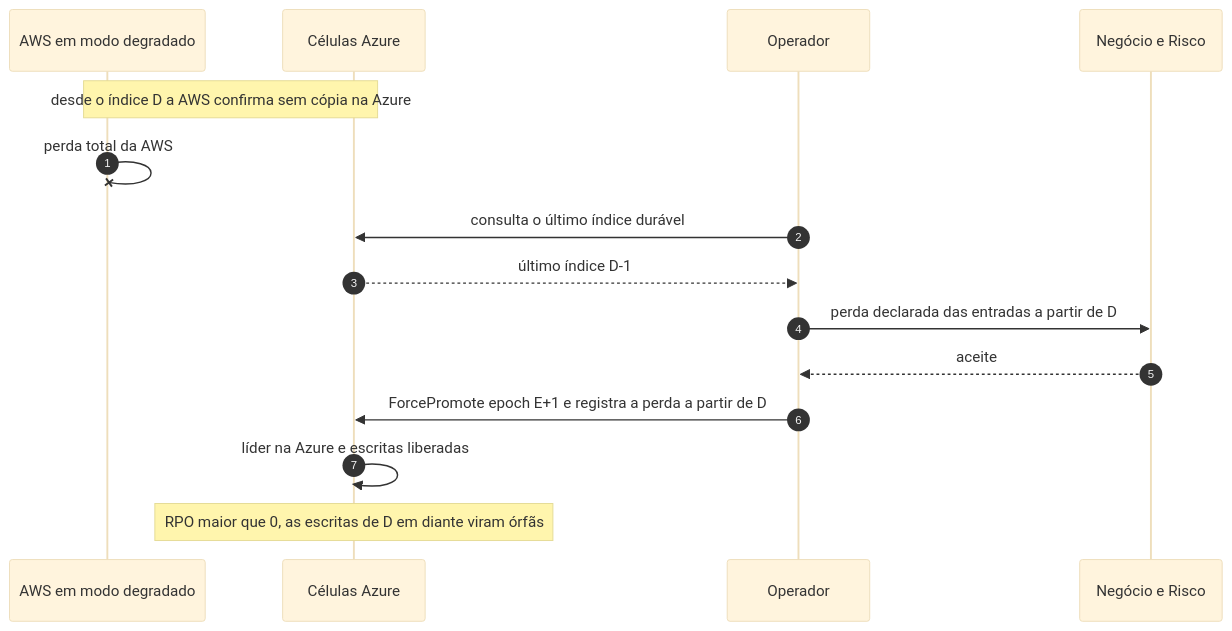
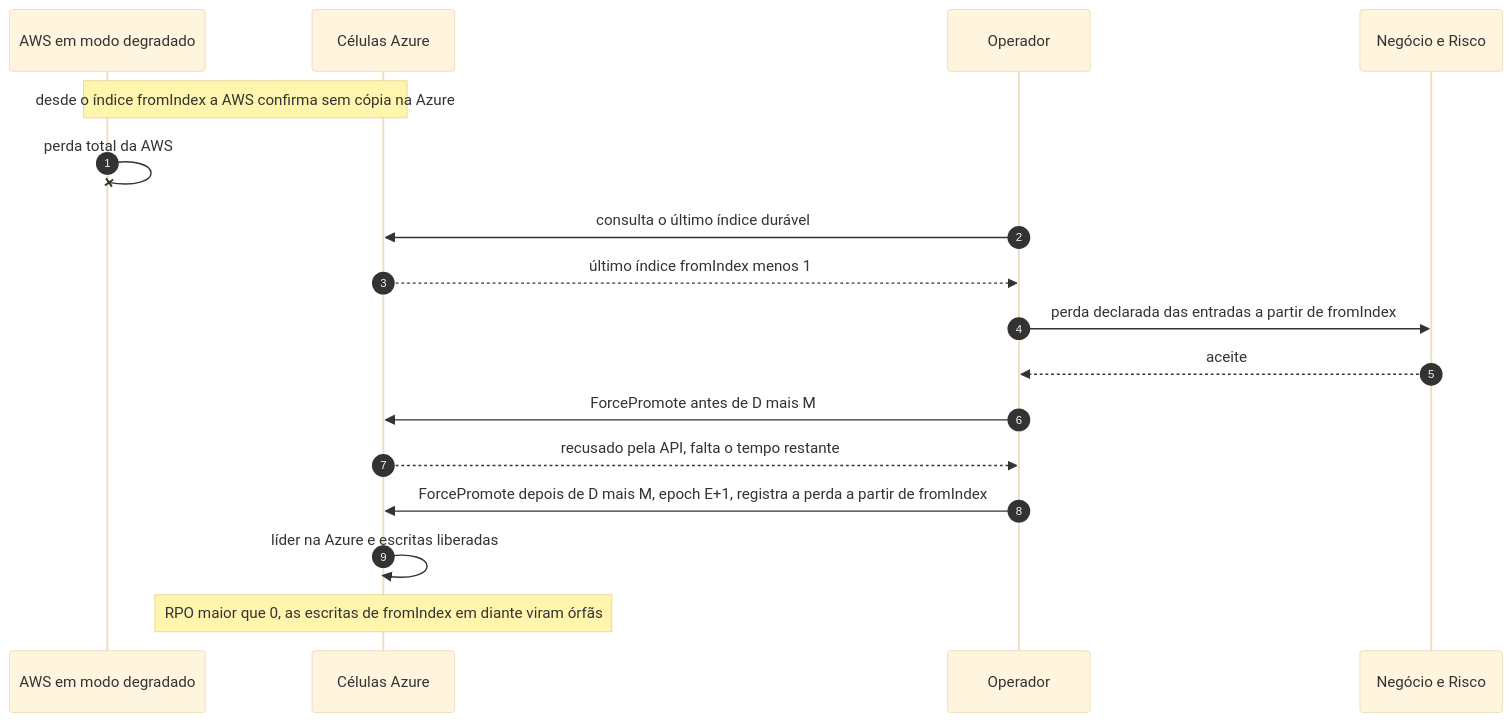
One commit to brbarmex/k changed the diagram in 02_cenarios/atualizados/C15-aws-cai-em-degradacao.md. Above: the diagram before and after it, drawn with Mermaid (base theme). The commit also changed other lines of this file and 139 other files, not shown here.

````diff
--- a/02_cenarios/atualizados/C15-aws-cai-em-degradacao.md
+++ b/02_cenarios/atualizados/C15-aws-cai-em-degradacao.md
@@ -11,17 +11,19 @@
 ```mermaid
 sequenceDiagram
     autonumber
     participant AWS as AWS em modo degradado
     participant AZ as Células Azure
     participant OP as Operador
     participant NEG as Negócio e Risco
-    Note over AWS,AZ: desde o índice D a AWS confirma sem cópia na Azure
+    Note over AWS,AZ: desde o índice fromIndex a AWS confirma sem cópia na Azure
     AWS-xAWS: perda total da AWS
     OP->>AZ: consulta o último índice durável
-    AZ-->>OP: último índice D-1
-    OP->>NEG: perda declarada das entradas a partir de D
+    AZ-->>OP: último índice fromIndex menos 1
+    OP->>NEG: perda declarada das entradas a partir de fromIndex
     NEG-->>OP: aceite
-    OP->>AZ: ForcePromote epoch E+1 e registra a perda a partir de D
+    OP->>AZ: ForcePromote antes de D mais M
+    AZ-->>OP: recusado pela API, falta o tempo restante
+    OP->>AZ: ForcePromote depois de D mais M, epoch E+1, registra a perda a partir de fromIndex
     AZ->>AZ: líder na Azure e escritas liberadas
-    Note over AZ: RPO maior que 0, as escritas de D em diante viram órfãs
+    Note over AZ: RPO maior que 0, as escritas de fromIndex em diante viram órfãs
 ```
````
